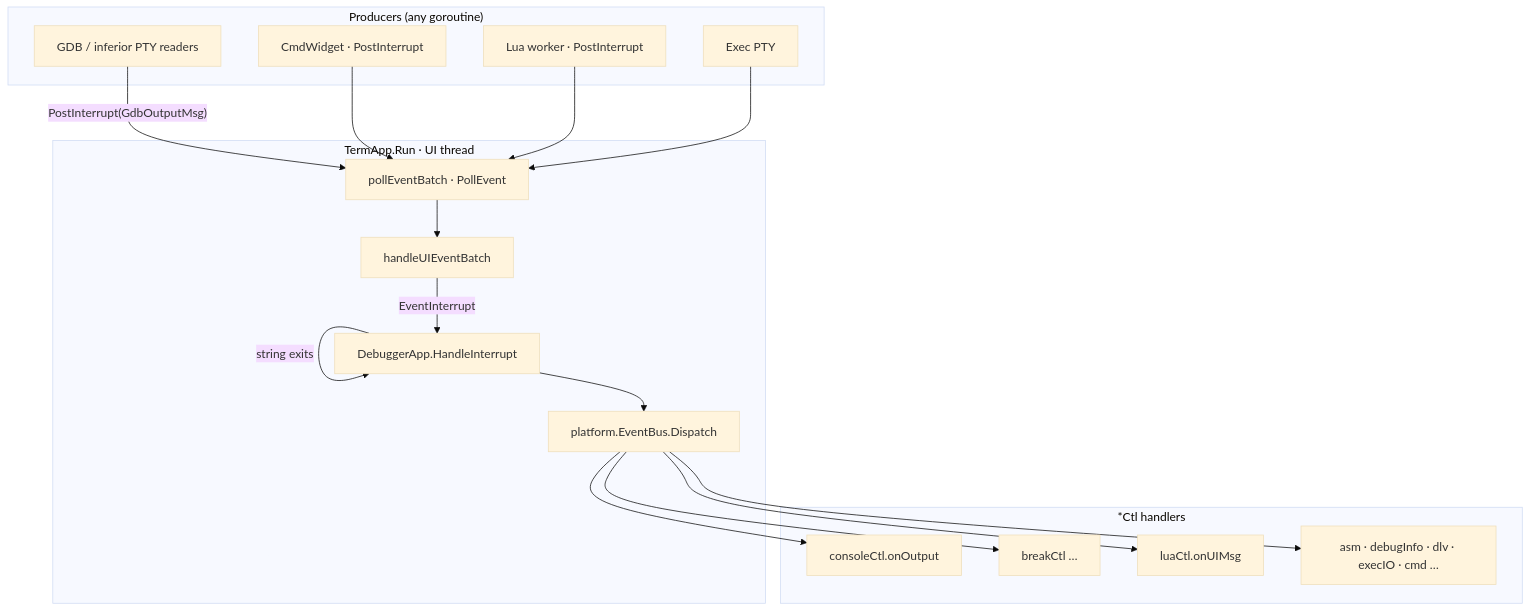
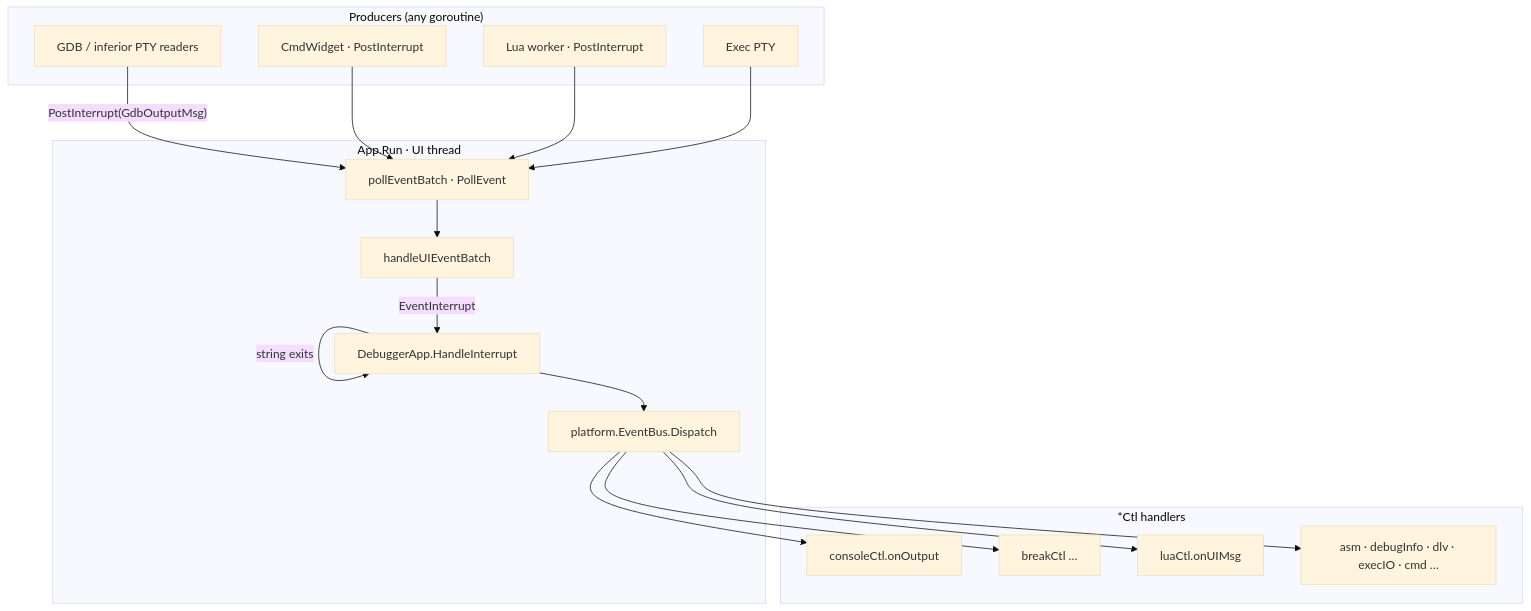
Before and after one commit to yairgd/gdbforge: the ninth of 11 diagrams in docs/ARCHITECTURE.md, drawn with Mermaid (base theme). The commit also changed other lines of this file and 267 other files, not shown here.

````diff
--- a/docs/ARCHITECTURE.md
+++ b/docs/ARCHITECTURE.md
@@ -915,36 +915,36 @@
 ```mermaid
 flowchart TB
     subgraph Producers["Producers (any goroutine)"]
         PTY["GDB / inferior PTY readers"]
         CmdW["CmdWidget · PostInterrupt"]
         Lua["Lua worker · PostInterrupt"]
         Exec["Exec PTY"]
     end
 
-    subgraph Loop["TermApp.Run · UI thread"]
+    subgraph Loop["App.Run · UI thread"]
         Poll["pollEventBatch · PollEvent"]
         Batch["handleUIEventBatch"]
         HI["DebuggerApp.HandleInterrupt"]
         Bus["platform.EventBus.Dispatch"]
     end
 
     subgraph Controllers["*Ctl handlers"]
         Console["consoleCtl.onOutput"]
         Breaks["breakCtl …"]
         LuaCtl["luaCtl.onUIMsg"]
         Other["asm · debugInfo · dlv · execIO · cmd …"]
     end
 
     PTY -->|"PostInterrupt(GdbOutputMsg)"| Poll
     CmdW --> Poll
     Lua --> Poll
     Exec --> Poll
     Poll --> Batch
     Batch -->|"EventInterrupt"| HI
     HI -->|"string exits"| HI
     HI --> Bus
     Bus --> Console
     Bus --> Breaks
     Bus --> LuaCtl
     Bus --> Other
 ```
````
